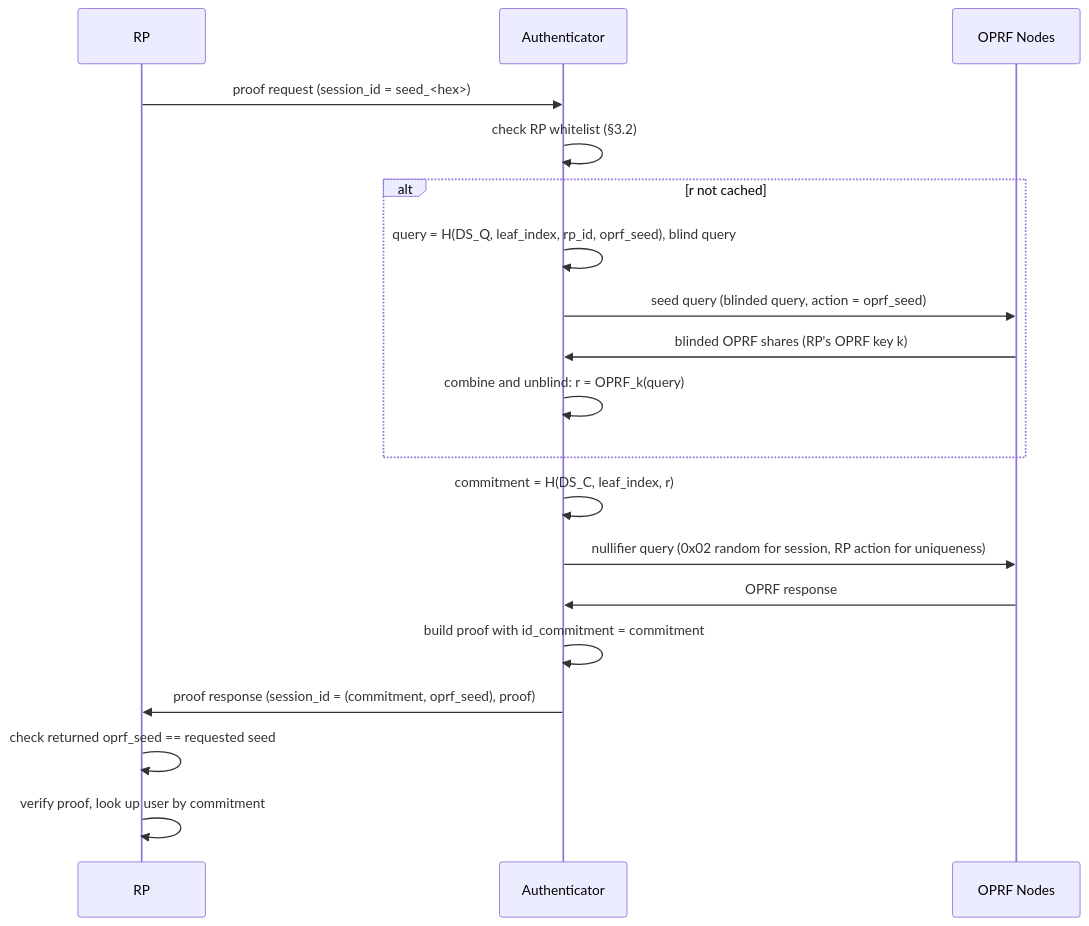
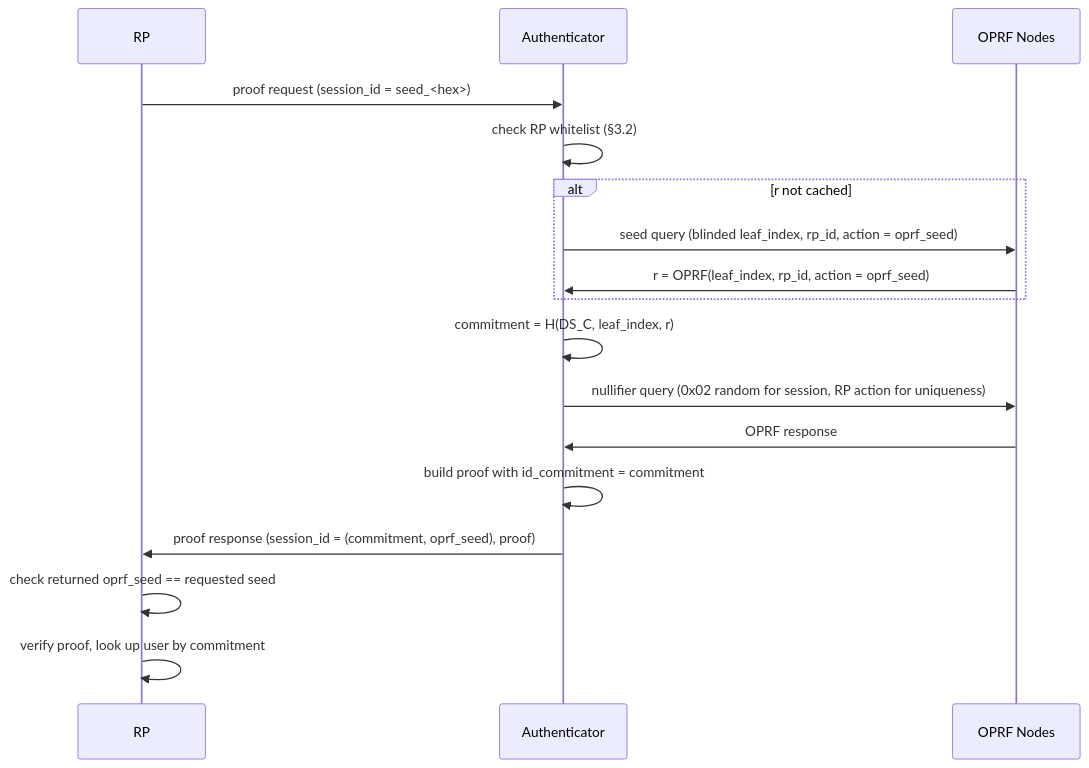
One commit to worldcoin/world-id-protocol changed the diagram in docs/WIPs/wip-116.md. Above: the diagram before and after it, drawn with Mermaid. The commit also changed other lines of this file, not shown here.

Commit message:
docs: simplify OPRF seed query in WIP-116 diagram

````diff
--- a/docs/WIPs/wip-116.md
+++ b/docs/WIPs/wip-116.md
@@ -51,22 +51,20 @@
 ```mermaid
 sequenceDiagram
 participant rp as RP
 participant a as Authenticator
 participant o as OPRF Nodes
 
 rp->>a: proof request (session_id = seed_<hex>)
 a->>a: check RP whitelist (§3.2)
 alt r not cached
-  a->>a: query = H(DS_Q, leaf_index, rp_id, oprf_seed), blind query
-  a->>o: seed query (blinded query, action = oprf_seed)
-  o->>a: blinded OPRF shares (RP's OPRF key k)
-  a->>a: combine and unblind: r = OPRF_k(query)
+  a->>o: seed query (blinded leaf_index, rp_id, action = oprf_seed)
+  o->>a: r = OPRF(leaf_index, rp_id, action = oprf_seed)
 end
 a->>a: commitment = H(DS_C, leaf_index, r)
 a->>o: nullifier query (0x02 random for session, RP action for uniqueness)
 o->>a: OPRF response
 a->>a: build proof with id_commitment = commitment
 a->>rp: proof response (session_id = (commitment, oprf_seed), proof)
 rp->>rp: check returned oprf_seed == requested seed
 rp->>rp: verify proof, look up user by commitment
 ```
````
